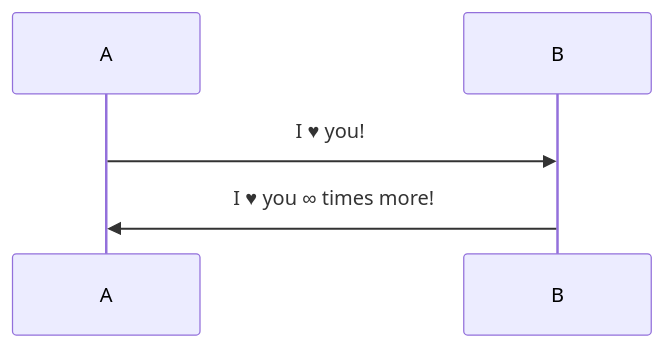
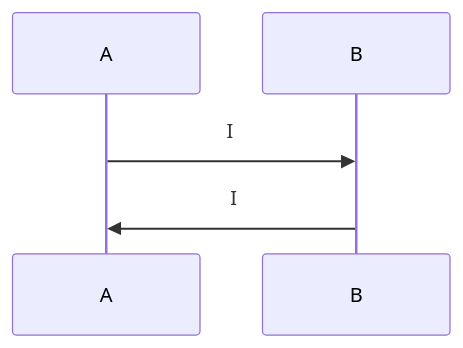
Diagram 24 of 27 in src/_learning/mermaid-sequenceDiagram.md (YamazakiNorihito/jekyll-serif-theme), drawn with Mermaid before and after one commit. The commit also changed other lines of this file and 70 other files, not shown here.

````diff
--- a/src/_learning/mermaid-sequenceDiagram.md
+++ b/src/_learning/mermaid-sequenceDiagram.md
@@ -853,5 +853,5 @@
 ```mermaid
 sequenceDiagram
-    A->>B: I #9829; you!
-    B->>A: I #9829; you #infin; times more!
+    A->>B: I ##9829; you!
+    B->>A: I ##9829; you ##infin; times more!
 ```
````
